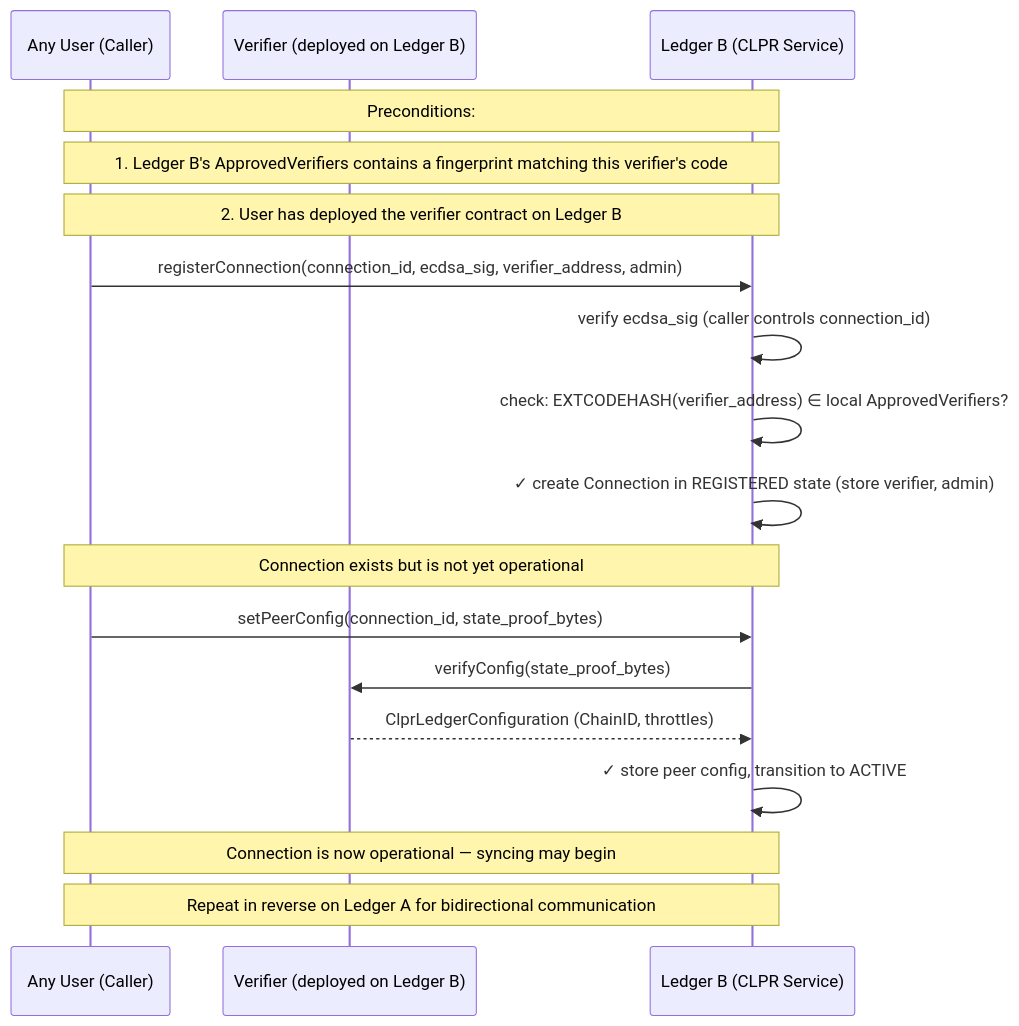
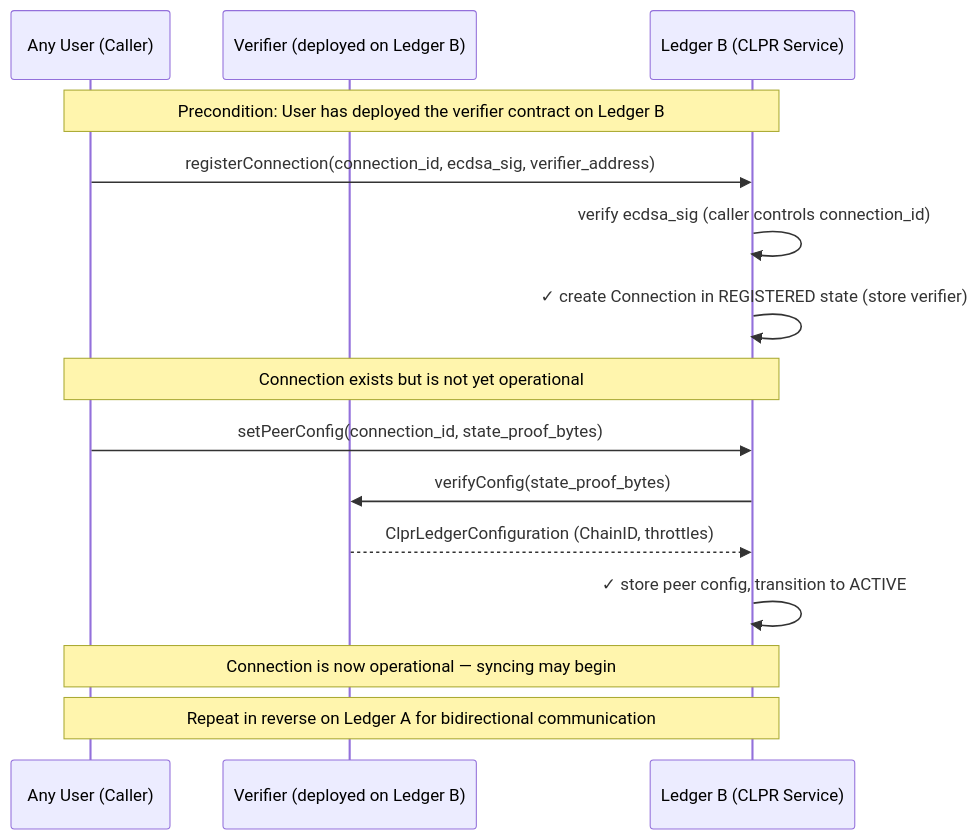
Before and after one commit to hiero-ledger/hiero-consensus-node: the first of 4 diagrams in hedera-node/docs/design/services/clpr-service/clpr-service.md, drawn with Mermaid. The commit also changed other lines of this file and 5 other files, not shown here.

First line of the commit message:
docs(clpr): remove MisbehaviorReport, ApprovedVerifiers, per-connection admin; add trust model

````diff
--- a/hedera-node/docs/design/services/clpr-service/clpr-service.md
+++ b/hedera-node/docs/design/services/clpr-service/clpr-service.md
@@ -408,25 +386,22 @@
 ```mermaid
 sequenceDiagram
     participant User as Any User (Caller)
     participant VA as Verifier (deployed on Ledger B)
     participant LB as Ledger B (CLPR Service)
 
-    Note over User,LB: Preconditions:
-    Note over User,LB: 1. Ledger B's ApprovedVerifiers contains a fingerprint matching this verifier's code
-    Note over User,LB: 2. User has deployed the verifier contract on Ledger B
+    Note over User,LB: Precondition: User has deployed the verifier contract on Ledger B
 
-    User->>LB: registerConnection(connection_id, ecdsa_sig, verifier_address, admin)
+    User->>LB: registerConnection(connection_id, ecdsa_sig, verifier_address)
     LB->>LB: verify ecdsa_sig (caller controls connection_id)
-    LB->>LB: check: EXTCODEHASH(verifier_address) ∈ local ApprovedVerifiers?
-    LB->>LB: ✓ create Connection in REGISTERED state (store verifier, admin)
+    LB->>LB: ✓ create Connection in REGISTERED state (store verifier)
 
     Note over User,LB: Connection exists but is not yet operational
 
     User->>LB: setPeerConfig(connection_id, state_proof_bytes)
     LB->>VA: verifyConfig(state_proof_bytes)
     VA-->>LB: ClprLedgerConfiguration (ChainID, throttles)
     LB->>LB: ✓ store peer config, transition to ACTIVE
 
     Note over User,LB: Connection is now operational — syncing may begin
     Note over User,LB: Repeat in reverse on Ledger A for bidirectional communication
 ```
````
